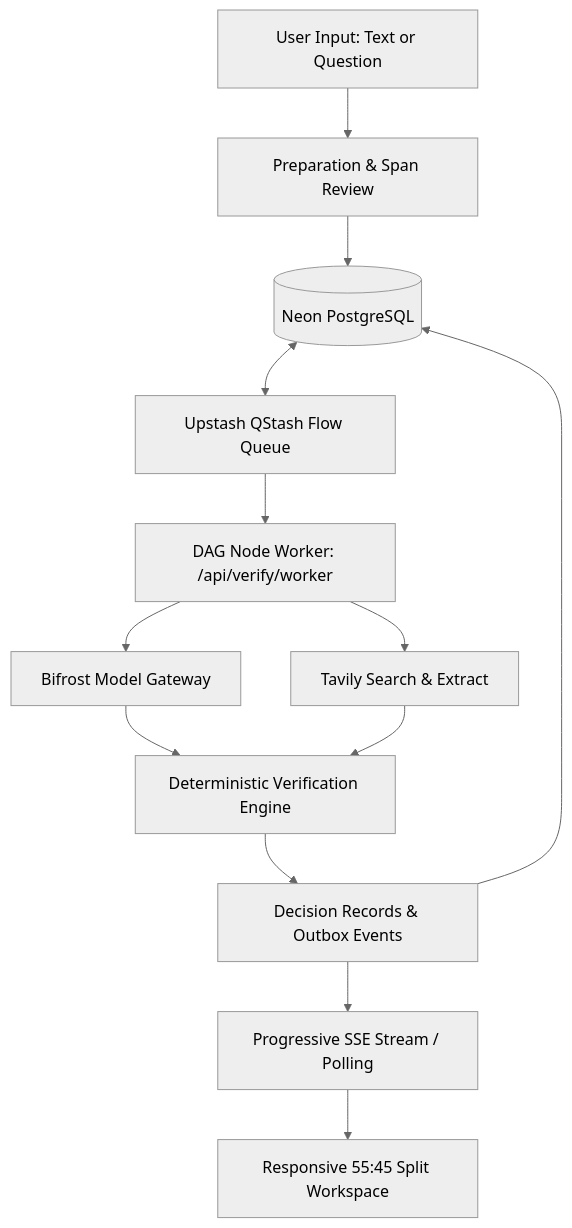
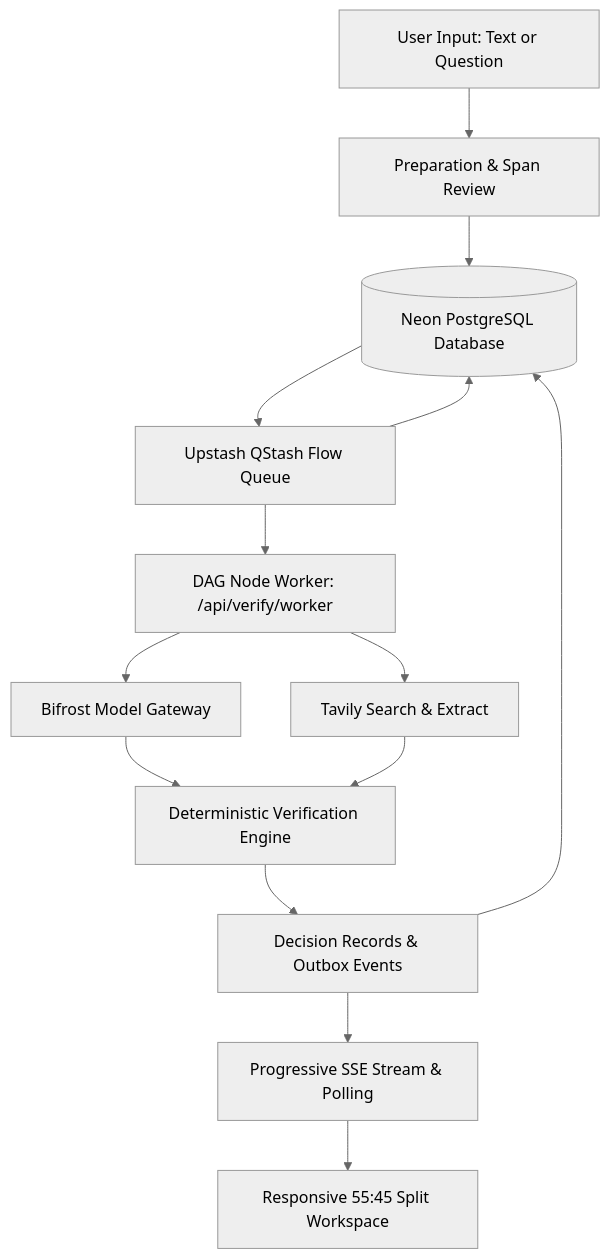
Before and after one commit to Driftaxe/Afterfact: the first of 2 diagrams in README.md, drawn with Mermaid (neutral theme). The commit also changed other lines of this file and 1 other file, not shown here.

Commit message:
docs: style badges and tags dark and fix Mermaid diagram syntax in README

````diff
--- a/README.md
+++ b/README.md
@@ -265,15 +265,16 @@
 ```mermaid
 flowchart TD
-    A[User Input: Text or Question] --> B[Preparation & Span Review]
-    B --> C[(Neon PostgreSQL)]
-    C <--> D[Upstash QStash Flow Queue]
-    D --> E[DAG Node Worker: /api/verify/worker]
-    E --> F[Bifrost Model Gateway]
-    E --> G[Tavily Search & Extract]
-    F --> H[Deterministic Verification Engine]
+    A["User Input: Text or Question"] --> B["Preparation & Span Review"]
+    B --> C[("Neon PostgreSQL Database")]
+    C --> D["Upstash QStash Flow Queue"]
+    D --> C
+    D --> E["DAG Node Worker: /api/verify/worker"]
+    E --> F["Bifrost Model Gateway"]
+    E --> G["Tavily Search & Extract"]
+    F --> H["Deterministic Verification Engine"]
     G --> H
-    H --> I[Decision Records & Outbox Events]
+    H --> I["Decision Records & Outbox Events"]
     I --> C
-    I --> J[Progressive SSE Stream / Polling]
-    J --> K[Responsive 55:45 Split Workspace]
+    I --> J["Progressive SSE Stream & Polling"]
+    J --> K["Responsive 55:45 Split Workspace"]
 ```
````
